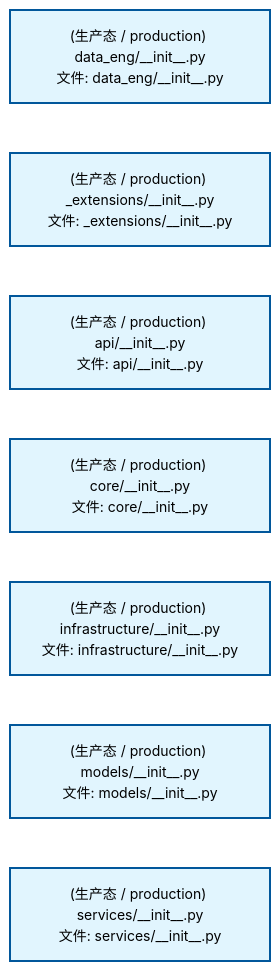
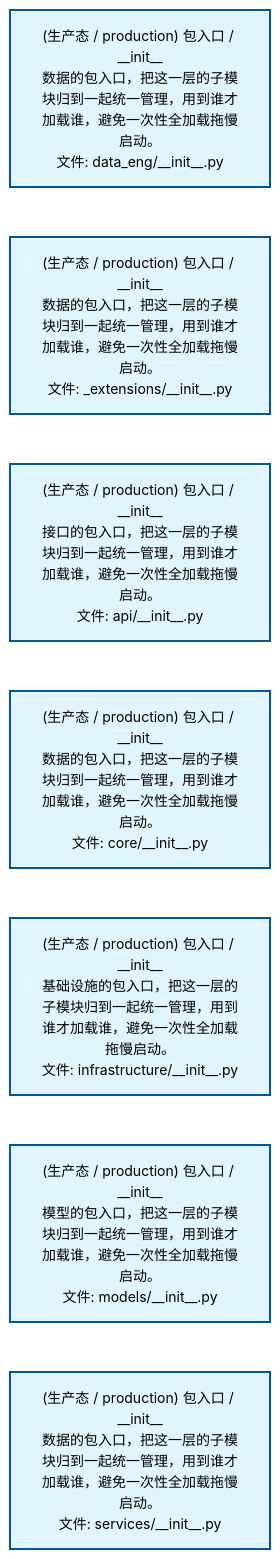
Before and after one commit to xuanFelixVan/ZephyrAlpha: the second of 2 diagrams in docs/02_enterprise_architecture/02_domain_architecture_docs/12_d_data_eng.md, drawn with Mermaid. The commit also changed other lines of this file and 60 other files, not shown here.

````diff
--- a/docs/02_enterprise_architecture/02_domain_architecture_docs/12_d_data_eng.md
+++ b/docs/02_enterprise_architecture/02_domain_architecture_docs/12_d_data_eng.md
@@ -80,22 +80,22 @@
 ```mermaid
 %%{init: {'theme': 'base', 'themeVariables': {'primaryColor': '#eaeaea', 'primaryTextColor': '#333333', 'primaryBorderColor': '#666666', 'lineColor': '#666666', 'secondaryColor': '#eaeaea', 'tertiaryColor': '#eaeaea', 'fontSize': '14px'}}}%%
 flowchart TD
-    src_zephyr_data_eng_init_py["(生产态 / production) data_eng/__init__.py<br/>文件: data_eng/__init__.py"]
-    src_zephyr_data_eng_extensions_init_py["(生产态 / production) _extensions/__init__.py<br/>文件: _extensions/__init__.py"]
-    src_zephyr_data_eng_api_init_py["(生产态 / production) api/__init__.py<br/>文件: api/__init__.py"]
-    src_zephyr_data_eng_core_init_py["(生产态 / production) core/__init__.py<br/>文件: core/__init__.py"]
-    src_zephyr_data_eng_infrastructure_init_py["(生产态 / production) infrastructure/__init__.py<br/>文件: infrastructure/__init__.py"]
-    src_zephyr_data_eng_models_init_py["(生产态 / production) models/__init__.py<br/>文件: models/__init__.py"]
-    src_zephyr_data_eng_services_init_py["(生产态 / production) services/__init__.py<br/>文件: services/__init__.py"]
+    src_zephyr_data_eng_init_py["(生产态 / production) 包入口 / __init__<br/>数据的包入口，把这一层的子模块归到一起统一管理，用到谁才加载谁，避免一次性全加载拖慢启动。<br/>文件: data_eng/__init__.py"]
+    src_zephyr_data_eng_extensions_init_py["(生产态 / production) 包入口 / __init__<br/>数据的包入口，把这一层的子模块归到一起统一管理，用到谁才加载谁，避免一次性全加载拖慢启动。<br/>文件: _extensions/__init__.py"]
+    src_zephyr_data_eng_api_init_py["(生产态 / production) 包入口 / __init__<br/>接口的包入口，把这一层的子模块归到一起统一管理，用到谁才加载谁，避免一次性全加载拖慢启动。<br/>文件: api/__init__.py"]
+    src_zephyr_data_eng_core_init_py["(生产态 / production) 包入口 / __init__<br/>数据的包入口，把这一层的子模块归到一起统一管理，用到谁才加载谁，避免一次性全加载拖慢启动。<br/>文件: core/__init__.py"]
+    src_zephyr_data_eng_infrastructure_init_py["(生产态 / production) 包入口 / __init__<br/>基础设施的包入口，把这一层的子模块归到一起统一管理，用到谁才加载谁，避免一次性全加载拖慢启动。<br/>文件: infrastructure/__init__.py"]
+    src_zephyr_data_eng_models_init_py["(生产态 / production) 包入口 / __init__<br/>模型的包入口，把这一层的子模块归到一起统一管理，用到谁才加载谁，避免一次性全加载拖慢启动。<br/>文件: models/__init__.py"]
+    src_zephyr_data_eng_services_init_py["(生产态 / production) 包入口 / __init__<br/>数据的包入口，把这一层的子模块归到一起统一管理，用到谁才加载谁，避免一次性全加载拖慢启动。<br/>文件: services/__init__.py"]
     src_zephyr_data_eng_init_py ~~~ src_zephyr_data_eng_extensions_init_py
     src_zephyr_data_eng_extensions_init_py ~~~ src_zephyr_data_eng_api_init_py
     src_zephyr_data_eng_api_init_py ~~~ src_zephyr_data_eng_core_init_py
     src_zephyr_data_eng_core_init_py ~~~ src_zephyr_data_eng_infrastructure_init_py
     src_zephyr_data_eng_infrastructure_init_py ~~~ src_zephyr_data_eng_models_init_py
     src_zephyr_data_eng_models_init_py ~~~ src_zephyr_data_eng_services_init_py
     classDef production fill:#e1f5fe,stroke:#01579b,stroke-width:2px,color:#000
     classDef design fill:#fff3e0,stroke:#e65100,stroke-width:2px,color:#000,stroke-dasharray: 5 5
     classDef external_prod fill:#e8f4fd,stroke:#0277bd,stroke-width:1px,color:#000
     classDef external_design fill:#fff8e7,stroke:#ef6c00,stroke-width:1px,color:#000,stroke-dasharray: 5 5
     class src_zephyr_data_eng_init_py,src_zephyr_data_eng_extensions_init_py,src_zephyr_data_eng_api_init_py,src_zephyr_data_eng_core_init_py,src_zephyr_data_eng_infrastructure_init_py,src_zephyr_data_eng_models_init_py,src_zephyr_data_eng_services_init_py production
 ```
````
